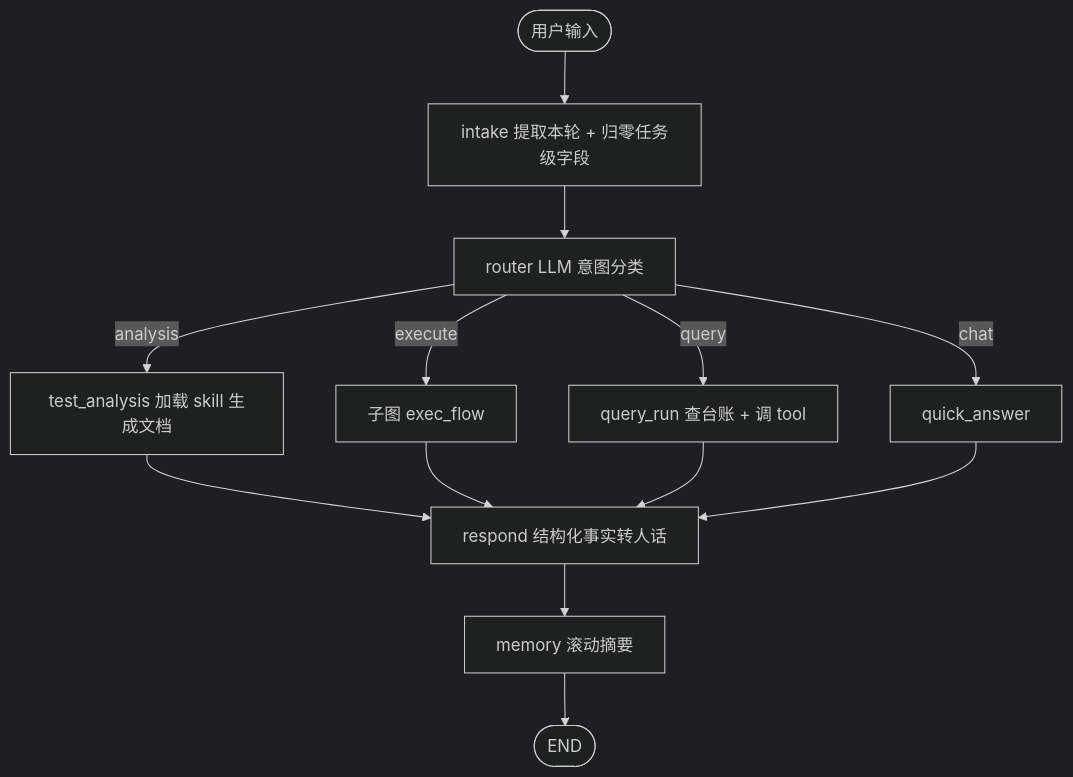
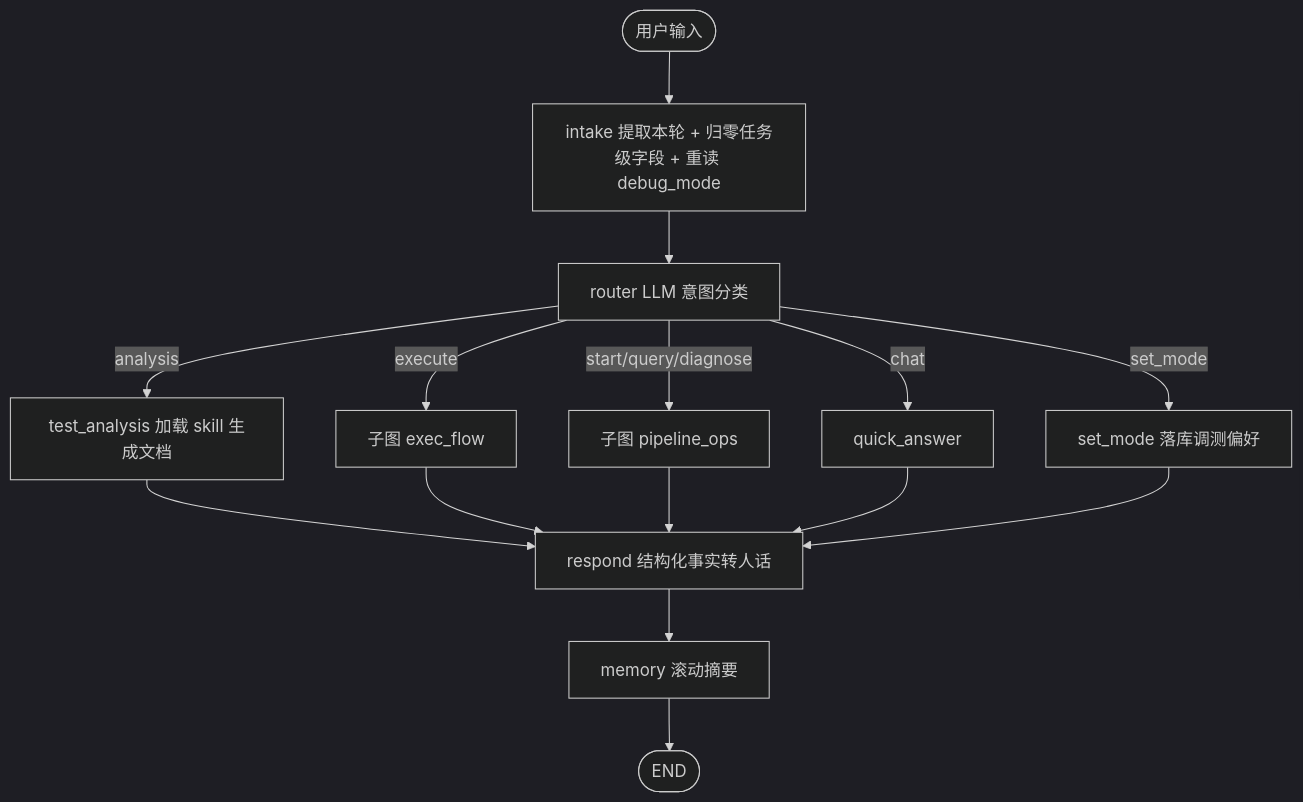
The first of 3 diagrams in docs/interview-guide.md (LuukkaToT/work_agent), drawn with Mermaid (dark theme) before and after one commit. The commit also changed other lines of this file and 62 other files, not shown here.

````diff
--- a/docs/interview-guide.md
+++ b/docs/interview-guide.md
@@ -50,17 +74,19 @@
 ```mermaid
 flowchart TD
-  Start(["用户输入"]) --> Intake["intake 提取本轮 + 归零任务级字段"]
+  Start(["用户输入"]) --> Intake["intake 提取本轮 + 归零任务级字段 + 重读 debug_mode"]
   Intake --> Router["router LLM 意图分类"]
   Router -->|"analysis"| Analysis["test_analysis 加载 skill 生成文档"]
   Router -->|"execute"| ExecFlow["子图 exec_flow"]
-  Router -->|"query"| QueryRun["query_run 查台账 + 调 tool"]
+  Router -->|"start/query/diagnose"| PipelineOps["子图 pipeline_ops"]
   Router -->|"chat"| Chat["quick_answer"]
+  Router -->|"set_mode"| SetMode["set_mode 落库调测偏好"]
 
   Analysis --> Respond
   ExecFlow --> Respond
-  QueryRun --> Respond
+  PipelineOps --> Respond
   Chat --> Respond
+  SetMode --> Respond
 
   Respond["respond 结构化事实转人话"] --> Memory["memory 滚动摘要"]
   Memory --> Finish(["END"])
 ```
````
